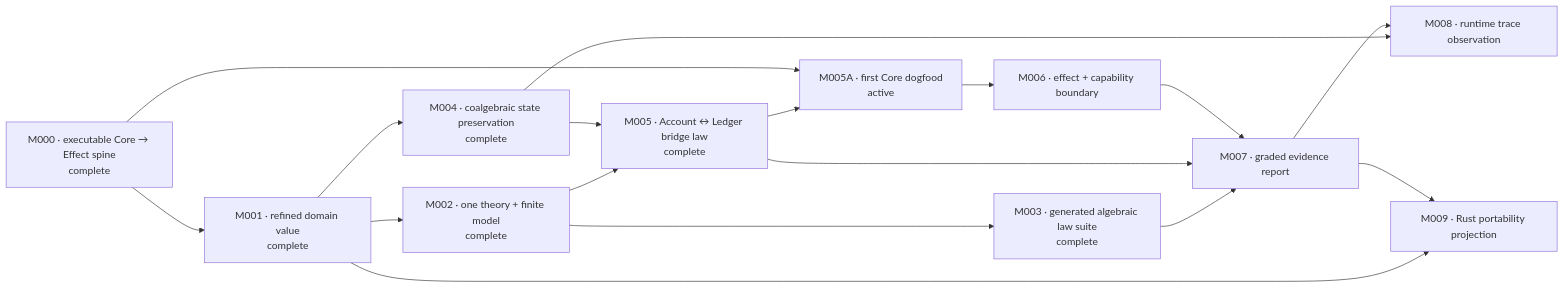
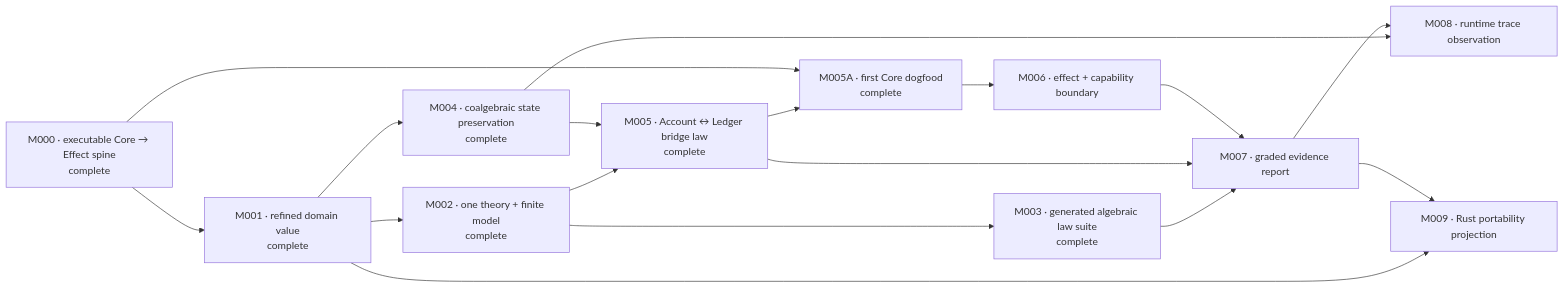
Before and after one commit to phibkro/bang-project: the first of 2 diagrams in CAPABILITIES.md, drawn with Mermaid. The commit also changed other lines of this file and 2 other files, not shown here.

````diff
--- a/CAPABILITIES.md
+++ b/CAPABILITIES.md
@@ -5,29 +5,29 @@
 ```mermaid
 flowchart LR
     M000["M000 · executable Core → Effect spine<br/>complete"]
     M001["M001 · refined domain value<br/>complete"]
     M002["M002 · one theory + finite model<br/>complete"]
     M003["M003 · generated algebraic law suite<br/>complete"]
     M004["M004 · coalgebraic state preservation<br/>complete"]
     M005["M005 · Account ↔ Ledger bridge law<br/>complete"]
-    M005A["M005A · first Core dogfood<br/>active"]
+    M005A["M005A · first Core dogfood<br/>complete"]
     M006["M006 · effect + capability boundary"]
     M007["M007 · graded evidence report"]
     M008["M008 · runtime trace observation"]
     M009["M009 · Rust portability projection"]
 
     M000 --> M001 --> M002 --> M003
     M001 --> M004
     M002 --> M005
     M004 --> M005
     M005 --> M005A
     M000 --> M005A
     M005A --> M006
     M003 --> M007
     M005 --> M007
     M006 --> M007
     M004 --> M008
     M007 --> M008
     M001 --> M009
     M007 --> M009
 ```
````
